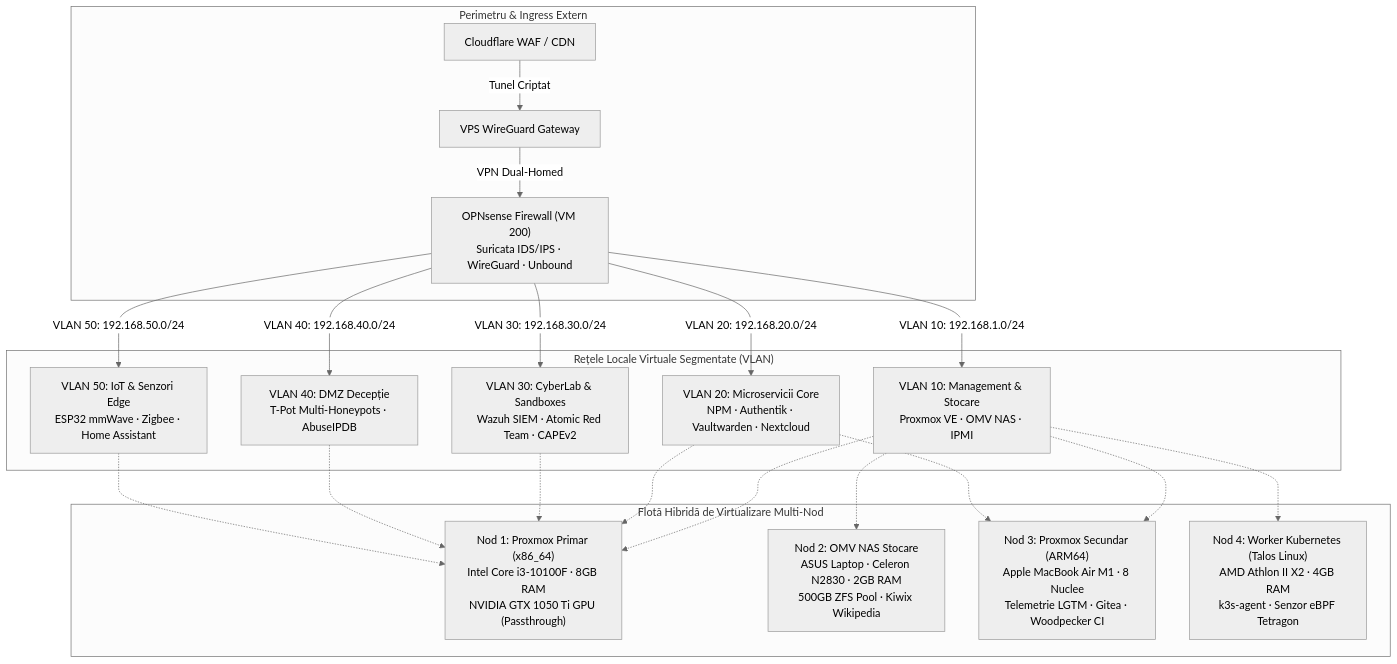
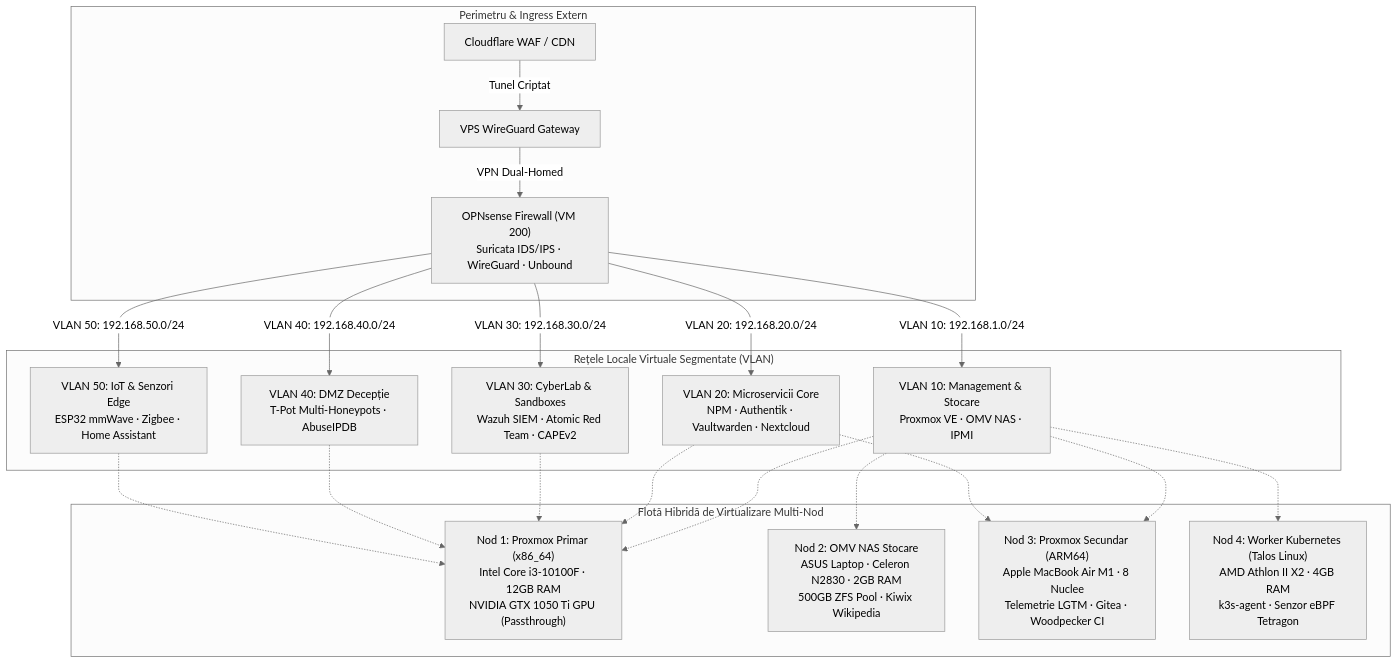
Before and after one commit to stefanutc1/datacenter: the second of 4 diagrams in README.ro.md, drawn with Mermaid (neutral theme). The commit also changed other lines of this file and 10 other files, not shown here.

Commit message:
docs(hardware): update Node 1 primary hypervisor memory from 8GB to 12GB DDR4 RAM and ZRAM to 6.0GB across all READMEs and architecture specs

````diff
--- a/README.ro.md
+++ b/README.ro.md
@@ -73,28 +73,28 @@
 ```mermaid
 flowchart TB
     subgraph WAN_Edge["Perimetru & Ingress Extern"]
         CF["Cloudflare WAF / CDN"] -->|"Tunel Criptat"| VPS["VPS WireGuard Gateway"]
         VPS -->|"VPN Dual-Homed"| OPN["OPNsense Firewall (VM 200)<br/>Suricata IDS/IPS · WireGuard · Unbound"]
     end
 
     subgraph Network_VLANs["Rețele Locale Virtuale Segmentate (VLAN)"]
         OPN -->|"VLAN 10: 192.168.1.0/24"| V10["VLAN 10: Management & Stocare<br/>Proxmox VE · OMV NAS · IPMI"]
         OPN -->|"VLAN 20: 192.168.20.0/24"| V20["VLAN 20: Microservicii Core<br/>NPM · Authentik · Vaultwarden · Nextcloud"]
         OPN -->|"VLAN 30: 192.168.30.0/24"| V30["VLAN 30: CyberLab & Sandboxes<br/>Wazuh SIEM · Atomic Red Team · CAPEv2"]
         OPN -->|"VLAN 40: 192.168.40.0/24"| V40["VLAN 40: DMZ Decepție<br/>T-Pot Multi-Honeypots · AbuseIPDB"]
         OPN -->|"VLAN 50: 192.168.50.0/24"| V50["VLAN 50: IoT & Senzori Edge<br/>ESP32 mmWave · Zigbee · Home Assistant"]
     end
 
     subgraph Compute_Layer["Flotă Hibridă de Virtualizare Multi-Nod"]
-        Node1["Nod 1: Proxmox Primar (x86_64)<br/>Intel Core i3-10100F · 8GB RAM<br/>NVIDIA GTX 1050 Ti GPU (Passthrough)"]
+        Node1["Nod 1: Proxmox Primar (x86_64)<br/>Intel Core i3-10100F · 12GB RAM<br/>NVIDIA GTX 1050 Ti GPU (Passthrough)"]
         Node2["Nod 2: OMV NAS Stocare<br/>ASUS Laptop · Celeron N2830 · 2GB RAM<br/>500GB ZFS Pool · Kiwix Wikipedia"]
         Node3["Nod 3: Proxmox Secundar (ARM64)<br/>Apple MacBook Air M1 · 8 Nuclee<br/>Telemetrie LGTM · Gitea · Woodpecker CI"]
         Node4["Nod 4: Worker Kubernetes (Talos Linux)<br/>AMD Athlon II X2 · 4GB RAM<br/>k3s-agent · Senzor eBPF Tetragon"]
     end
 
     V10 -.-> Node1 & Node2 & Node3 & Node4
     V20 -.-> Node1 & Node3
     V30 -.-> Node1
     V40 -.-> Node1
     V50 -.-> Node1
 ```
````
